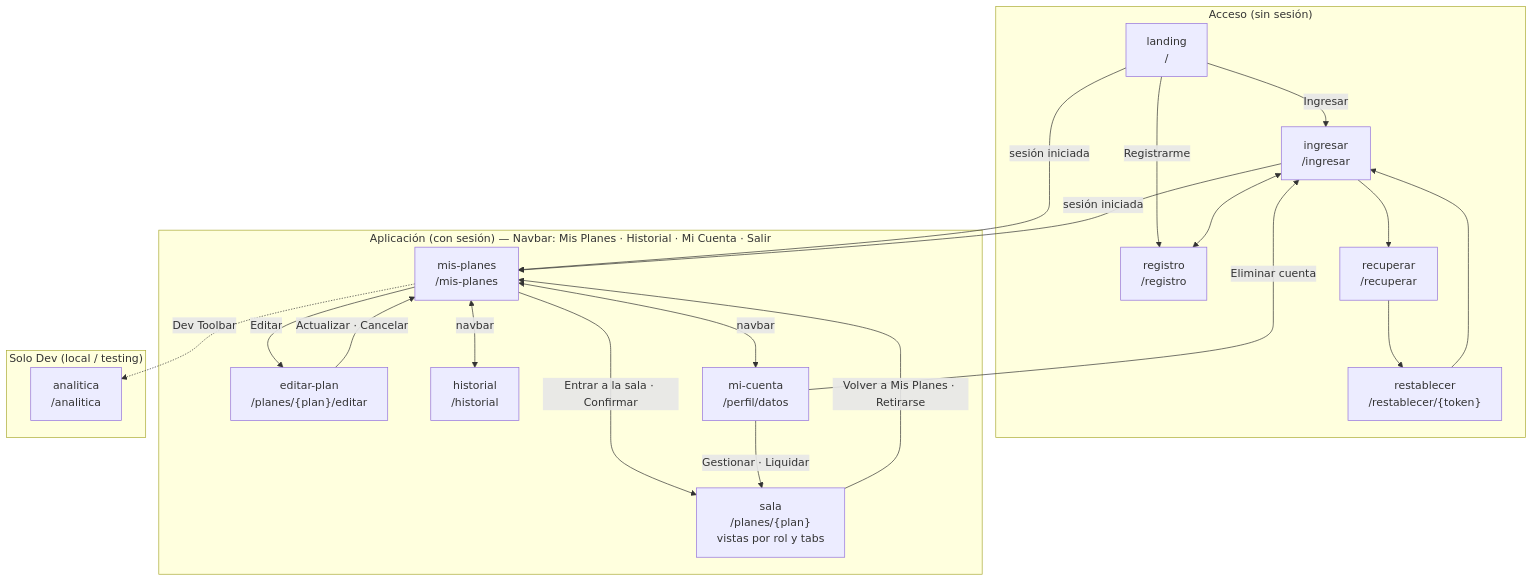
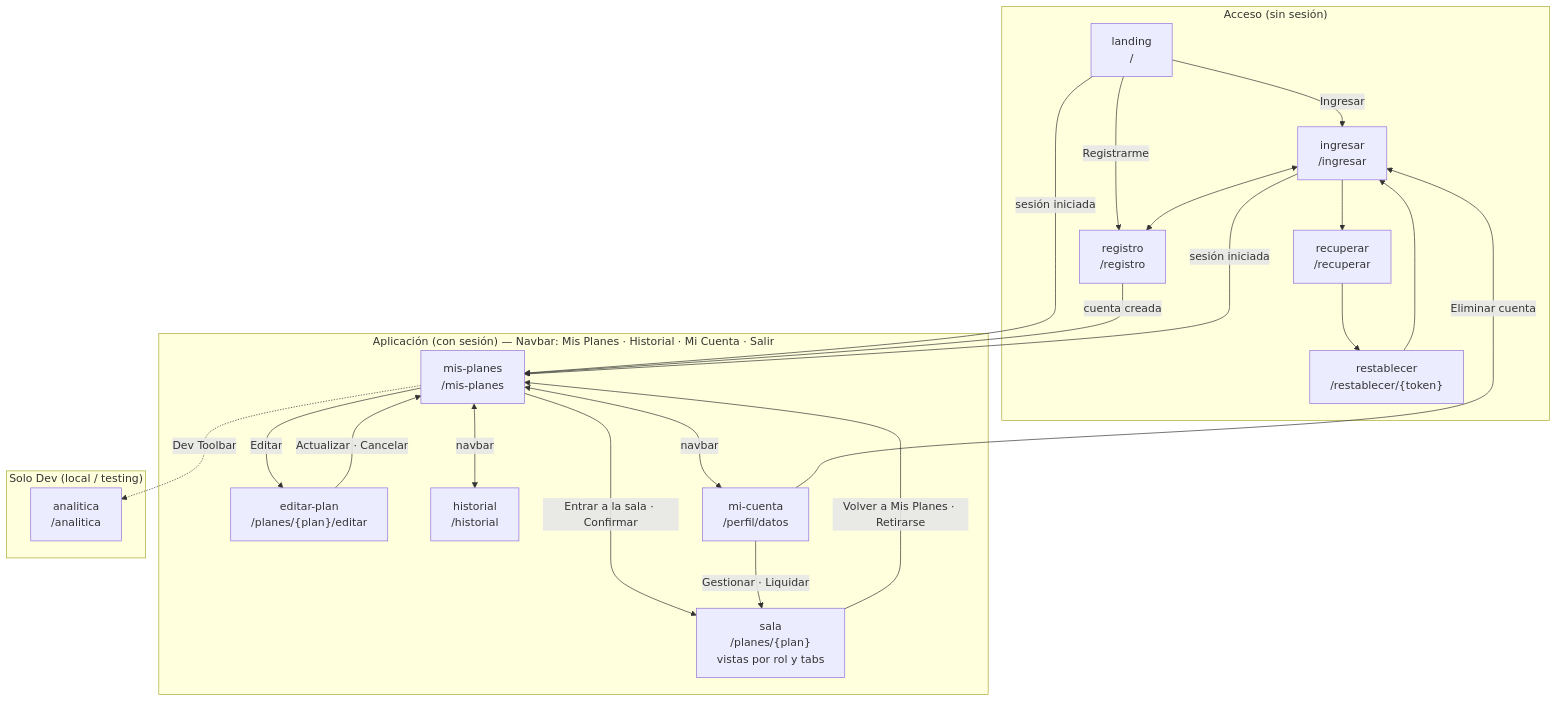
Before and after one commit to moises-cisneros/Proyecto2IHC: the first of 4 diagrams in resources/FLOWS.md, drawn with Mermaid. The commit also changed other lines of this file and 1 other file, not shown here.

````diff
--- a/resources/FLOWS.md
+++ b/resources/FLOWS.md
@@ -35,39 +35,40 @@
 ```mermaid
 flowchart TD
     subgraph Acceso["Acceso (sin sesión)"]
         Landing["landing<br/>/"]
         Ingresar["ingresar<br/>/ingresar"]
         Registro["registro<br/>/registro"]
         Recuperar["recuperar<br/>/recuperar"]
         Restablecer["restablecer<br/>/restablecer/{token}"]
     end
 
     subgraph App["Aplicación (con sesión) — Navbar: Mis Planes · Historial · Mi Cuenta · Salir"]
         MisPlanes["mis-planes<br/>/mis-planes"]
         Sala["sala<br/>/planes/{plan}<br/>vistas por rol y tabs"]
         Editar["editar-plan<br/>/planes/{plan}/editar"]
         Historial["historial<br/>/historial"]
         MiCuenta["mi-cuenta<br/>/perfil/datos"]
     end
 
     subgraph Dev["Solo Dev (local / testing)"]
         Analitica["analitica<br/>/analitica"]
     end
 
     Landing -->|"Ingresar"| Ingresar
     Landing -->|"Registrarme"| Registro
     Landing -->|"sesión iniciada"| MisPlanes
     Ingresar <--> Registro
+    Registro -->|"cuenta creada"| MisPlanes
     Ingresar --> Recuperar --> Restablecer --> Ingresar
     Ingresar -->|"sesión iniciada"| MisPlanes
 
     MisPlanes -->|"Entrar a la sala · Confirmar"| Sala
     MisPlanes -->|"Editar"| Editar
     Editar -->|"Actualizar · Cancelar"| MisPlanes
     Sala -->|"Volver a Mis Planes · Retirarse"| MisPlanes
     MisPlanes <-->|"navbar"| Historial
     MisPlanes <-->|"navbar"| MiCuenta
     MiCuenta -->|"Gestionar · Liquidar"| Sala
     MiCuenta -->|"Eliminar cuenta"| Ingresar
     MisPlanes -.->|"Dev Toolbar"| Analitica
 ```
````
